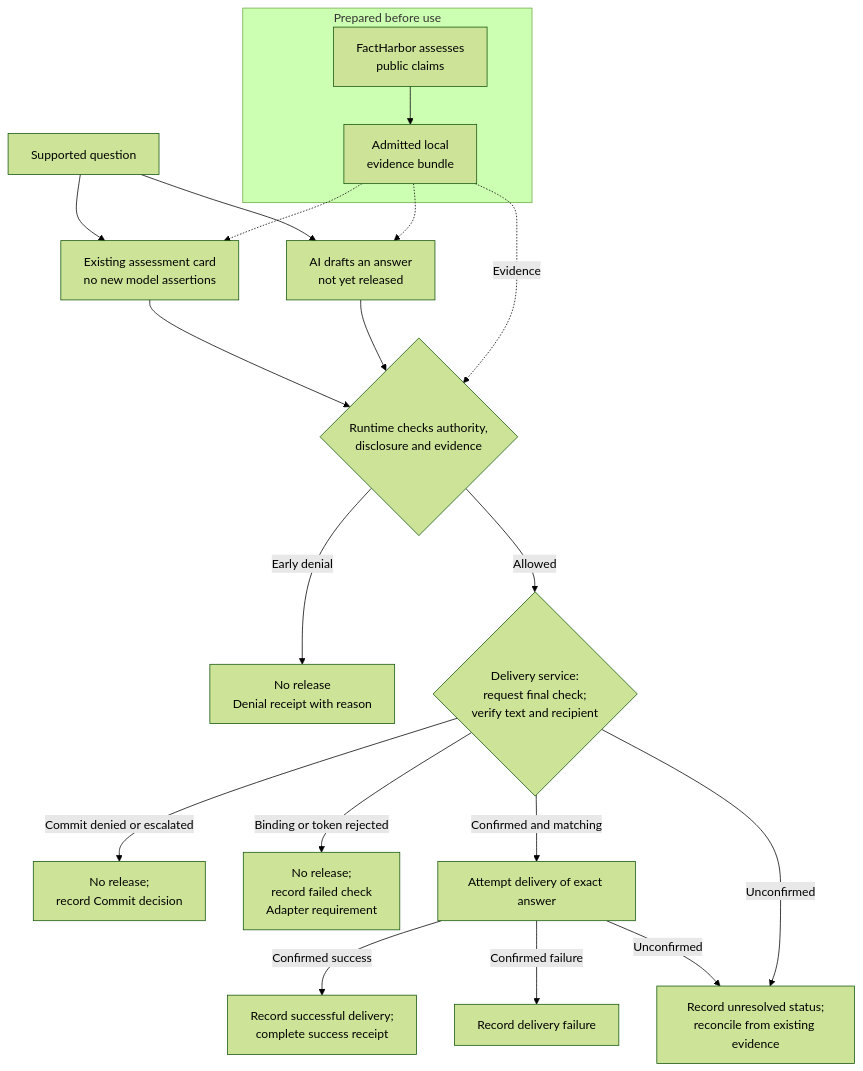
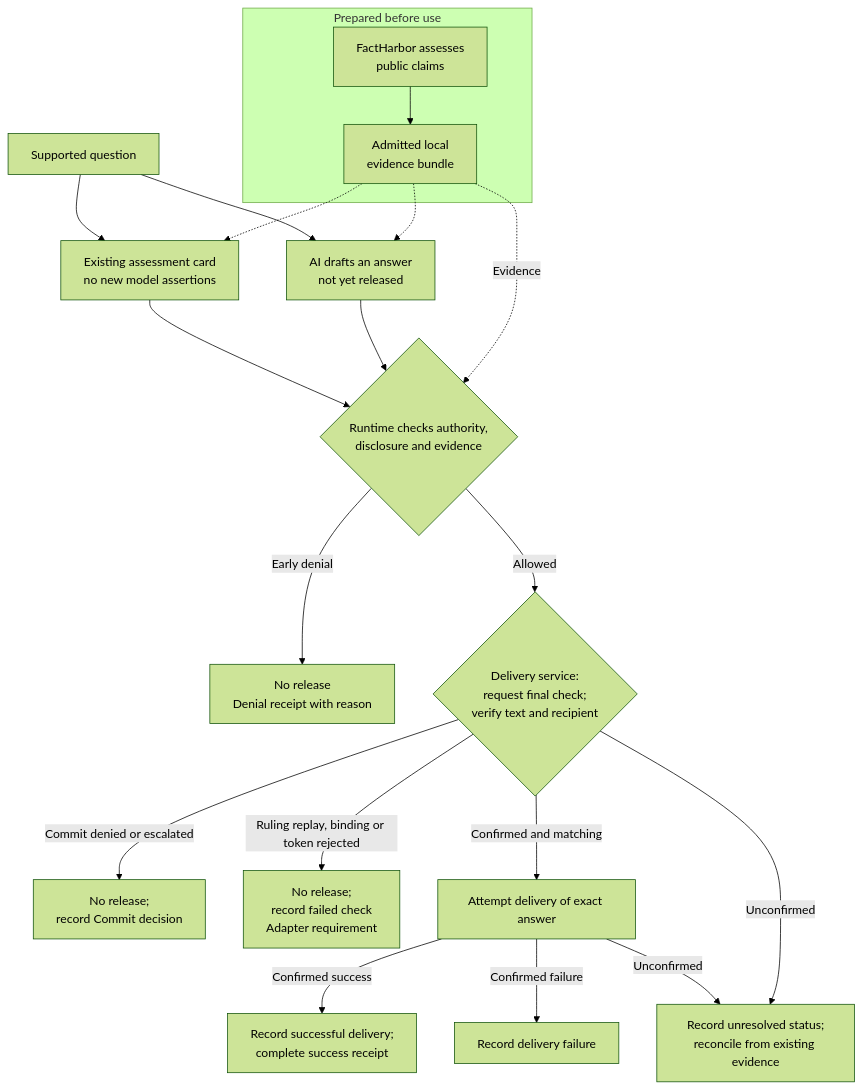
The second of 2 diagrams in docs/Assurance/Concepts/evidence-gated-agents.md (robertschaub/our-ai-charter), drawn with Mermaid (forest theme) before and after one commit. The commit also changed other lines of this file and 2 other files, not shown here.

Commit message:
docs(ega): close public release-path gaps

````diff
--- a/docs/Assurance/Concepts/evidence-gated-agents.md
+++ b/docs/Assurance/Concepts/evidence-gated-agents.md
@@ -84,22 +85,22 @@
 ```mermaid
 flowchart TD
     subgraph E["Prepared before use"]
         F["FactHarbor assesses<br/>public claims"] --> B["Admitted local<br/>evidence bundle"]
     end
     U["Supported question"] --> K["Existing assessment card<br/>no new model assertions"]
     U --> A["AI drafts an answer<br/>not yet released"]
     B -.-> K
     B -.-> A
     K --> G{"Runtime checks authority,<br/>disclosure and evidence"}
     A --> G
     B -. Evidence .-> G
     G -->|Early denial| N["No release<br/>Denial receipt with reason"]
     G -->|Allowed| S{"Delivery service:<br/>request final check;<br/>verify text and recipient"}
     S -->|Commit denied or escalated| C["No release;<br/>record Commit decision"]
-    S -->|Binding or token rejected| X["No release;<br/>record failed check<br/>Adapter requirement"]
+    S -->|Ruling replay, binding or token rejected| X["No release;<br/>record failed check<br/>Adapter requirement"]
     S -->|Confirmed and matching| O["Attempt delivery of exact answer"]
     O -->|Confirmed success| R["Record successful delivery;<br/>complete success receipt"]
     O -->|Confirmed failure| RF["Record delivery failure"]
     O -->|Unconfirmed| UO["Record unresolved status;<br/>reconcile from existing evidence"]
     S -->|Unconfirmed| UO
 ```
````
